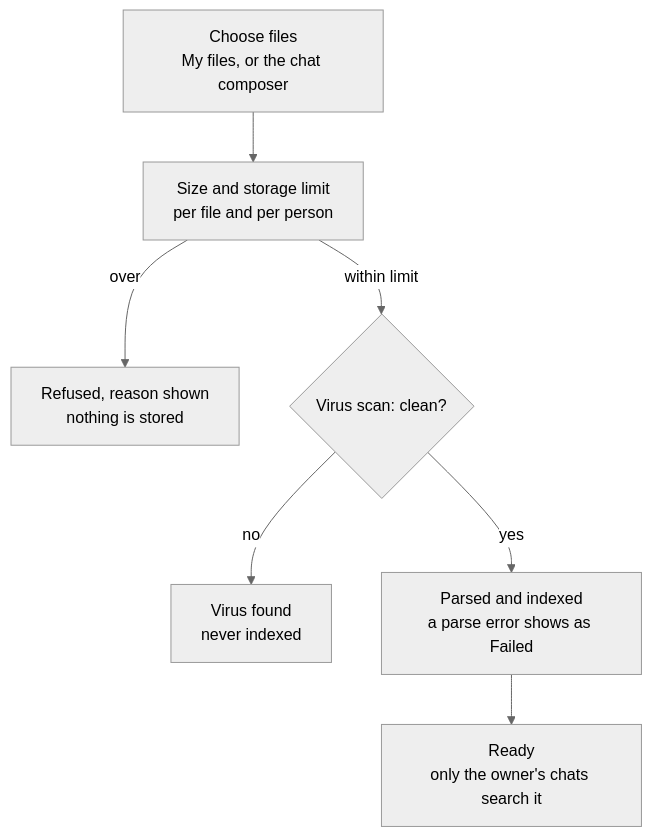
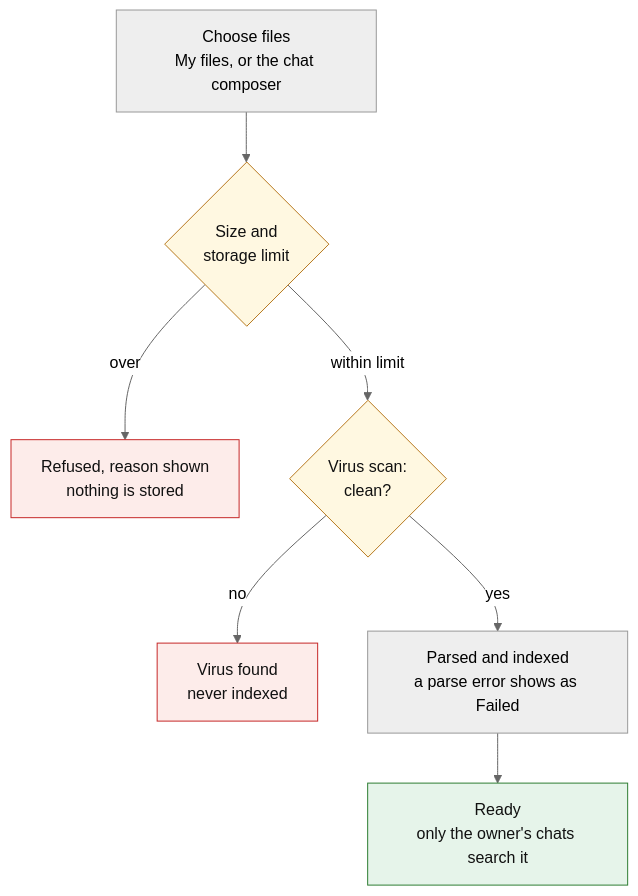
One commit to shturag/veyntora changed the fourth of 9 diagrams in docs/user-flows.md. Above: the diagram before and after it, drawn with Mermaid (neutral theme). The commit also changed other lines of this file, not shown here.

First line of the commit message:
Docs: flows page reworked for reading on GitHub

````diff
--- a/docs/user-flows.md
+++ b/docs/user-flows.md
@@ -69,9 +150,15 @@
 ```mermaid
 flowchart TD
-    choose["Choose files<br/>My files, or the chat composer"] --> limits["Size and storage limit<br/>per file and per person"]
+    choose["Choose files<br/>My files, or the chat composer"] --> limits{"Size and<br/>storage limit"}
     limits -- over --> refused["Refused, reason shown<br/>nothing is stored"]
-    limits -- "within limit" --> scan{"Virus scan: clean?"}
+    limits -- "within limit" --> scan{"Virus scan:<br/>clean?"}
     scan -- no --> virus["Virus found<br/>never indexed"]
     scan -- yes --> index["Parsed and indexed<br/>a parse error shows as Failed"]
     index --> ready["Ready<br/>only the owner's chats search it"]
+    classDef good fill:#e6f4ea,stroke:#2e7d32,color:#111
+    classDef stop fill:#fdecea,stroke:#c62828,color:#111
+    classDef decision fill:#fff8e1,stroke:#b7791f,color:#111
+    class ready good
+    class refused,virus stop
+    class limits,scan decision
 ```
````
